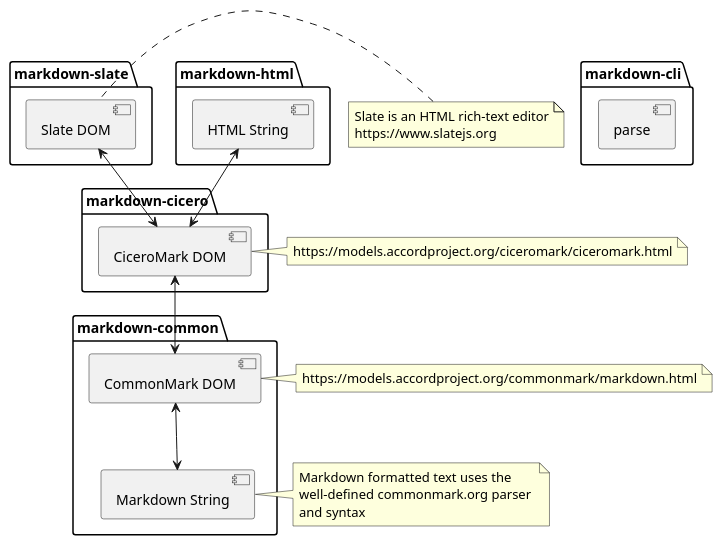
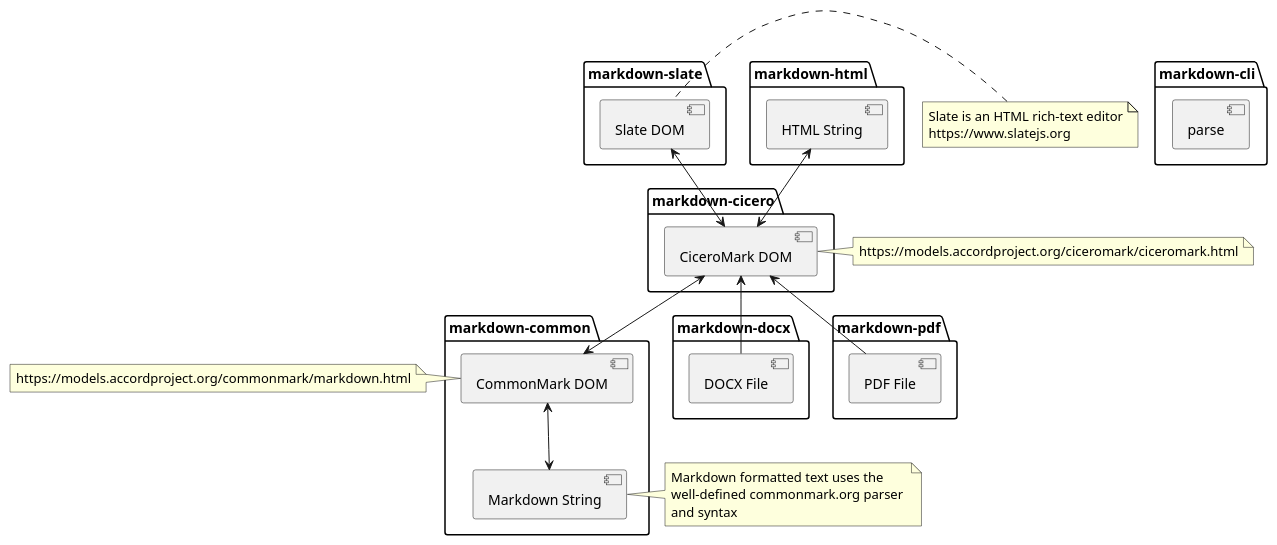
Before and after one commit to accordproject/markdown-transform: the diagram in architecture.puml, drawn with PlantUML. The commit also changed 1 other file, not shown here.

Commit message:
(doc) update diagram

```diff
--- a/architecture.puml
+++ b/architecture.puml
@@ -1,40 +1,48 @@
 @startuml
 package "markdown-cli" {
   [parse]
 }
 
 package "markdown-common" {
   [Markdown String] <-up-> [CommonMark DOM]
 }
 
-note right of [CommonMark DOM]
+note left of [CommonMark DOM]
   https://models.accordproject.org/commonmark/markdown.html
 end note
 
 note right of [Markdown String]
   Markdown formatted text uses the 
   well-defined commonmark.org parser 
   and syntax
 end note
 
 package "markdown-cicero" {
   [CommonMark DOM] <-up-> [CiceroMark DOM]
 }
 
 note left of [CiceroMark DOM]
   https://models.accordproject.org/ciceromark/ciceromark.html
 end note
 
 package "markdown-slate" {
   [CiceroMark DOM] <-up-> [Slate DOM]
 }
 
 note left of [Slate DOM]
   Slate is an HTML rich-text editor
   https://www.slatejs.org
 end note
 
 package "markdown-html" {
   [CiceroMark DOM] <-up-> [HTML String]
 }
+
+package "markdown-docx" {
+  [CiceroMark DOM] <-- [DOCX File]
+}
+
+package "markdown-pdf" {
+  [CiceroMark DOM] <-- [PDF File]
+}
 @enduml
```
